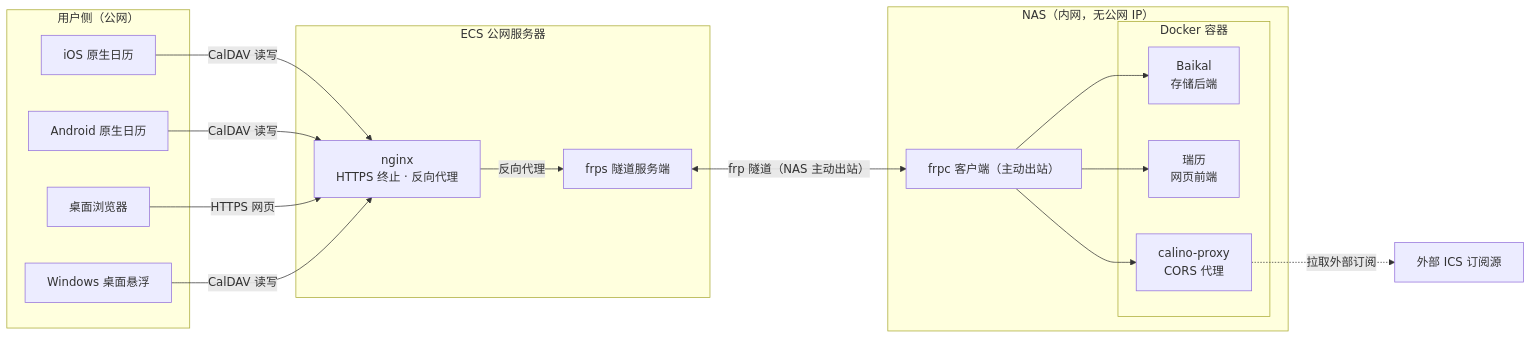
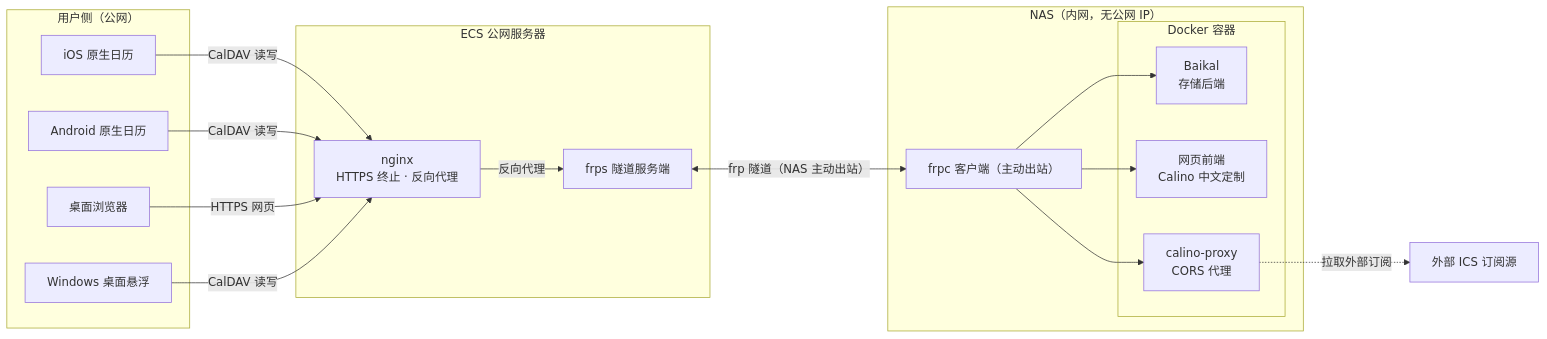
One commit to vector9584/rui-calendar changed the first of 4 diagrams in README.md. Above: the diagram before and after it, drawn with Mermaid. The commit also changed other lines of this file and 4 other files, not shown here.

````diff
--- a/README.md
+++ b/README.md
@@ -92,36 +92,36 @@
 ```mermaid
 flowchart LR
     subgraph Users["用户侧（公网）"]
         iOS["iOS 原生日历"]
         Android["Android 原生日历"]
         Browser["桌面浏览器"]
         Desktop["Windows 桌面悬浮"]
     end
 
     subgraph ECS["ECS 公网服务器"]
         NGINX["nginx<br/>HTTPS 终止 · 反向代理"]
         FRPS["frps 隧道服务端"]
     end
 
     subgraph NAS["NAS（内网，无公网 IP）"]
         FRPC["frpc 客户端（主动出站）"]
         subgraph Docker["Docker 容器"]
             BAIKAL["Baikal<br/>存储后端"]
-            CALINO["瑞历<br/>网页前端"]
+            CALINO["网页前端<br/>Calino 中文定制"]
             PROXY["calino-proxy<br/>CORS 代理"]
         end
     end
 
     External["外部 ICS 订阅源"]
 
     iOS -->|"CalDAV 读写"| NGINX
     Android -->|"CalDAV 读写"| NGINX
     Browser -->|"HTTPS 网页"| NGINX
     Desktop -->|"CalDAV 读写"| NGINX
     NGINX -->|"反向代理"| FRPS
     FRPS <-->|"frp 隧道（NAS 主动出站）"| FRPC
     FRPC --> BAIKAL
     FRPC --> CALINO
     FRPC --> PROXY
     PROXY -.->|"拉取外部订阅"| External
 ```
````
